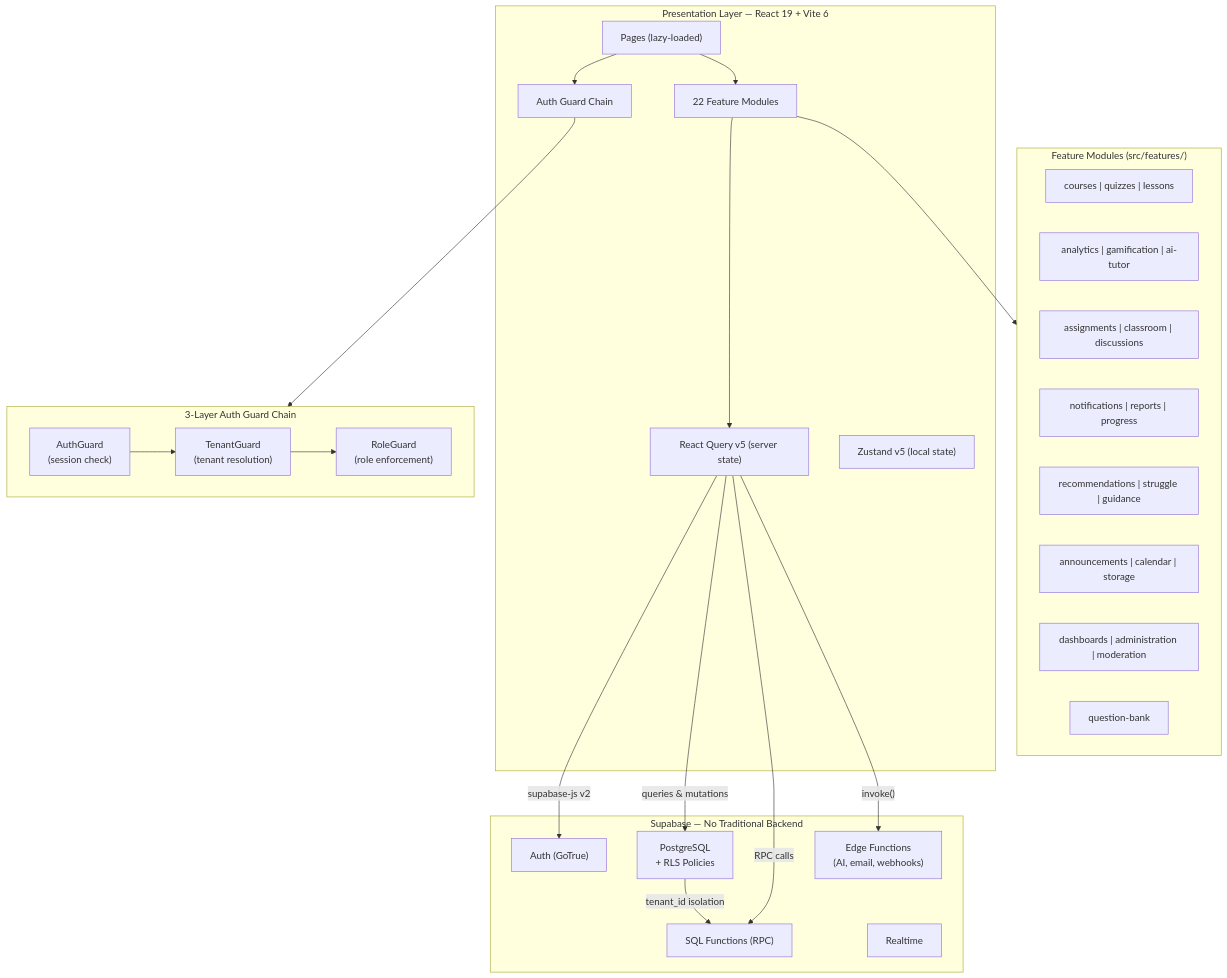
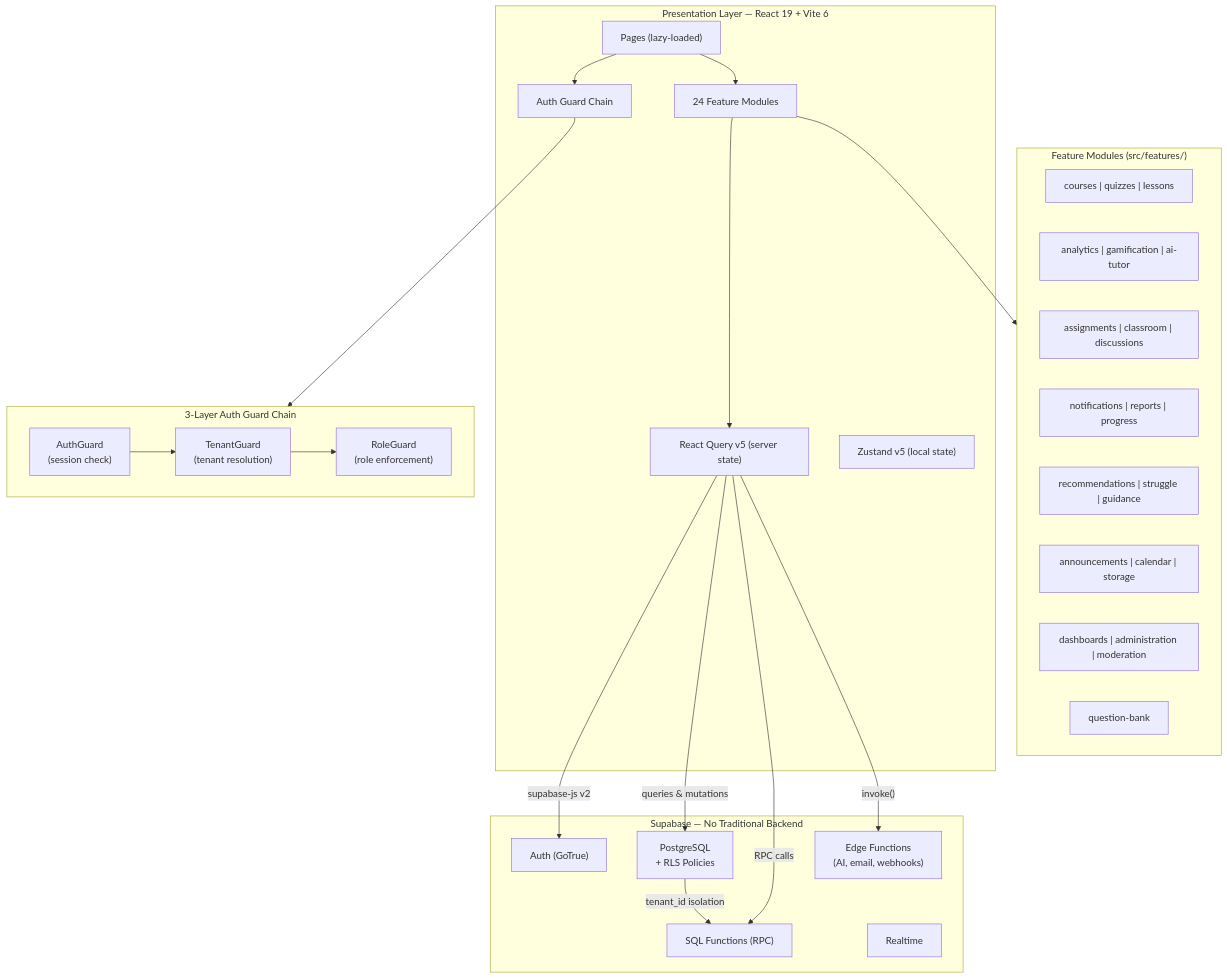
The diagram in README.md (AI-Powered-Edtech/LMS), drawn with Mermaid before and after one commit. The commit also changed other lines of this file and 361 other files, not shown here.

````diff
--- a/README.md
+++ b/README.md
@@ -16,46 +16,46 @@
 ```mermaid
 graph TB
     subgraph Presentation["Presentation Layer — React 19 + Vite 6"]
         Pages["Pages (lazy-loaded)"]
-        Features["22 Feature Modules"]
+        Features["24 Feature Modules"]
         Guards["Auth Guard Chain"]
         RQ["React Query v5 (server state)"]
         Zustand["Zustand v5 (local state)"]
     end
 
     subgraph AuthChain["3-Layer Auth Guard Chain"]
         direction LR
         AG["AuthGuard<br/>(session check)"] --> TG["TenantGuard<br/>(tenant resolution)"] --> RG["RoleGuard<br/>(role enforcement)"]
     end
 
     subgraph Supabase["Supabase — No Traditional Backend"]
         Auth["Auth (GoTrue)"]
         PG["PostgreSQL<br/>+ RLS Policies"]
         RPC["SQL Functions (RPC)"]
         EF["Edge Functions<br/>(AI, email, webhooks)"]
         RT["Realtime"]
     end
 
     subgraph FeatureModules["Feature Modules (src/features/)"]
         direction LR
         FM1["courses | quizzes | lessons"]
         FM2["analytics | gamification | ai-tutor"]
         FM3["assignments | classroom | discussions"]
         FM4["notifications | reports | progress"]
         FM5["recommendations | struggle | guidance"]
         FM6["announcements | calendar | storage"]
         FM7["dashboards | administration | moderation"]
         FM8["question-bank"]
     end
 
     Pages --> Guards
     Guards --> AuthChain
     Pages --> Features
     Features --> FeatureModules
     Features --> RQ
     RQ -->|"supabase-js v2"| Auth
     RQ -->|"queries & mutations"| PG
     RQ -->|"RPC calls"| RPC
     RQ -->|"invoke()"| EF
     PG -->|"tenant_id isolation"| RPC
 ```
````
